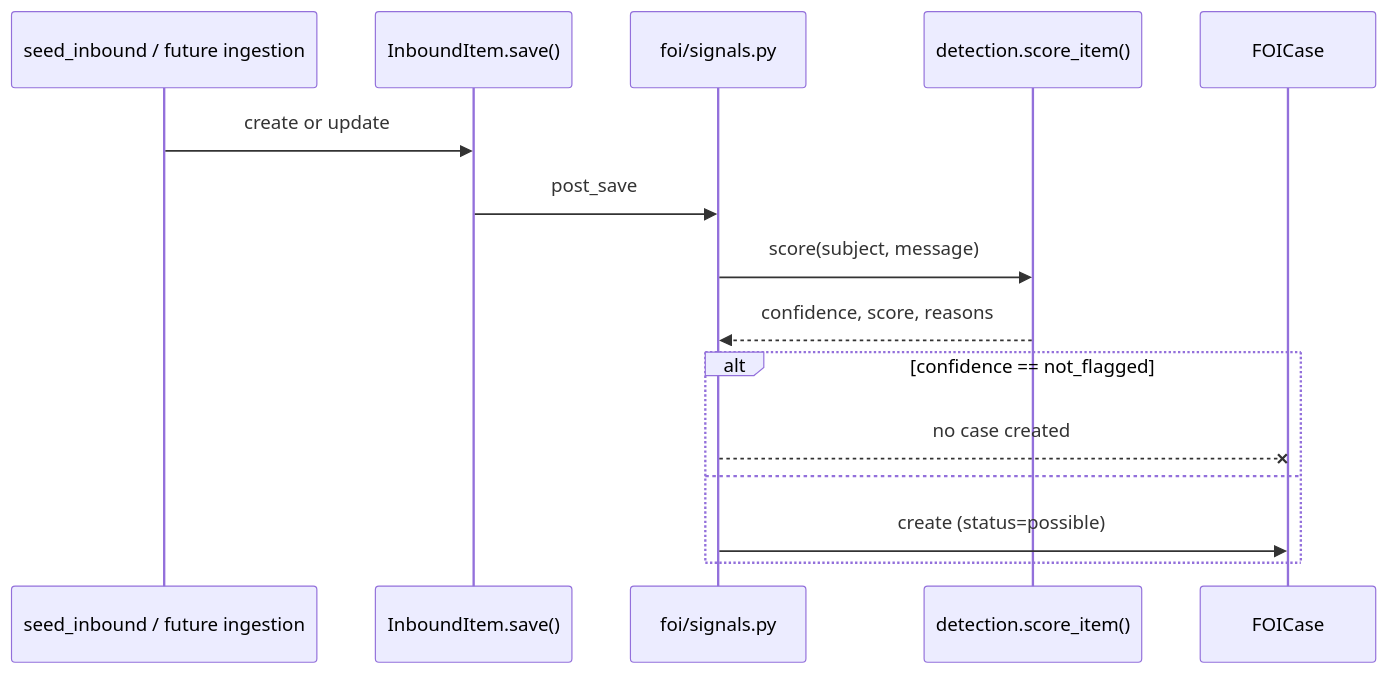
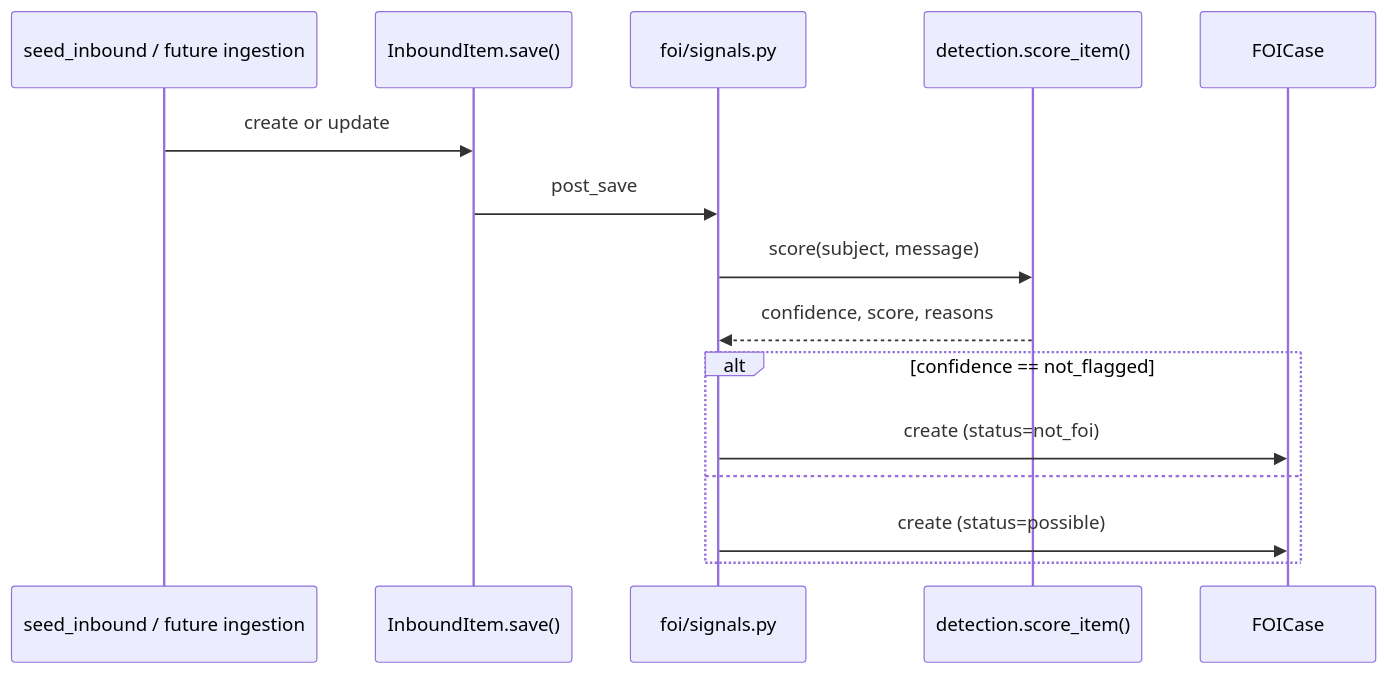
Before and after one commit to AGENTSdotNE/cohort-1a: the first of 2 diagrams in docs/how-foi-tracking-works.md, drawn with Mermaid. The commit also changed other lines of this file and 8 other files, not shown here.

````diff
--- a/docs/how-foi-tracking-works.md
+++ b/docs/how-foi-tracking-works.md
@@ -22,17 +24,17 @@
 ```mermaid
 sequenceDiagram
     participant S as seed_inbound / future ingestion
     participant I as InboundItem.save()
     participant Sig as foi/signals.py
     participant D as detection.score_item()
     participant C as FOICase
     S->>I: create or update
     I->>Sig: post_save
     Sig->>D: score(subject, message)
     D-->>Sig: confidence, score, reasons
     alt confidence == not_flagged
-        Sig--xC: no case created
+        Sig->>C: create (status=not_foi)
     else
         Sig->>C: create (status=possible)
     end
 ```
````
